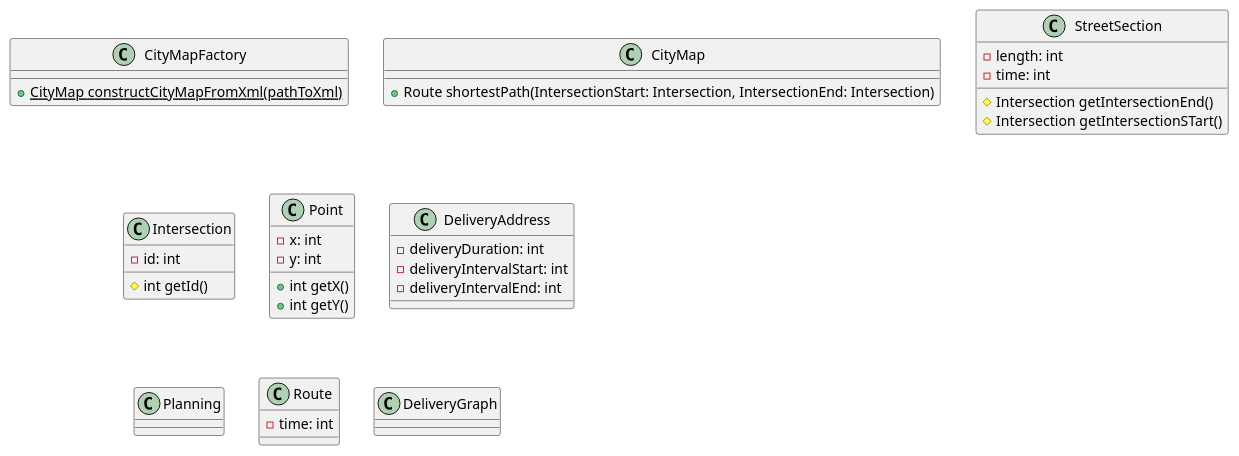
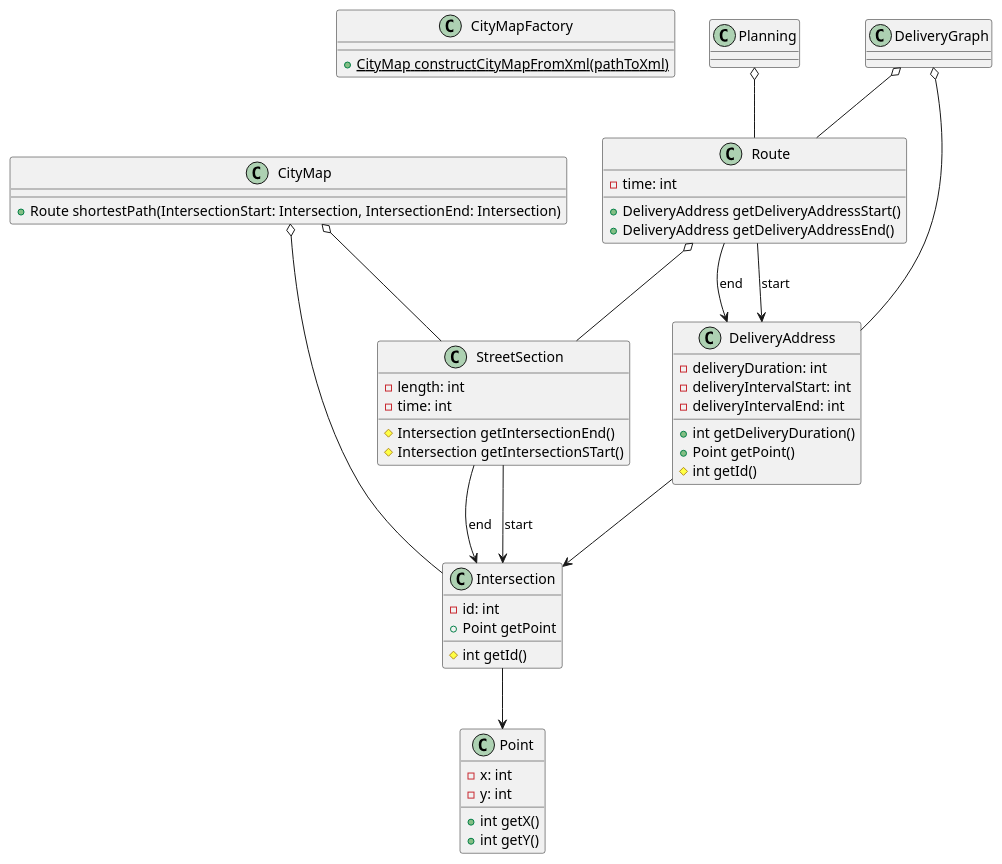
The diagram in docs/uml/package.model.puml (if-h4102/pld-agile), drawn with PlantUML before and after one commit.

Commit message:
Added basic relations

```diff
--- a/docs/uml/package.model.puml
+++ b/docs/uml/package.model.puml
@@ -1,48 +1,67 @@
 @startuml
 class CityMapFactory {
     +{static} CityMap constructCityMapFromXml(pathToXml)
 }
 
 class CityMap {
    +Route shortestPath(IntersectionStart: Intersection, IntersectionEnd: Intersection)
 }
 
 class StreetSection {
     -length: int
     -time: int
     #Intersection getIntersectionEnd()
     #Intersection getIntersectionSTart()
 }
 
 class Intersection {
     -id: int
     #int getId()
+    +Point getPoint
 }
 
 class Point {
     -x: int
     -y: int
     +int getX()
     +int getY()
 }
 
 class DeliveryAddress {
     -deliveryDuration: int
     -deliveryIntervalStart: int
     -deliveryIntervalEnd: int
+
+    +int getDeliveryDuration()
+    +Point getPoint()
+    #int getId()
 }
 
 class Planning {
 
 }
 
 class Route {
     -time: int
+    +DeliveryAddress getDeliveryAddressStart()
+    +DeliveryAddress getDeliveryAddressEnd()
 }
 
 class DeliveryGraph {
 }
 
+CityMap o-- StreetSection
+CityMap o-- Intersection
+Intersection --> Point
+DeliveryAddress --> Intersection
+StreetSection --> Intersection : end
+StreetSection --> Intersection : start
+Route o-- StreetSection
+Route --> DeliveryAddress : end
+Route --> DeliveryAddress : start
+DeliveryGraph o-- DeliveryAddress
+DeliveryGraph o-- Route
+Planning o-- Route
 
 
 @enduml
```
